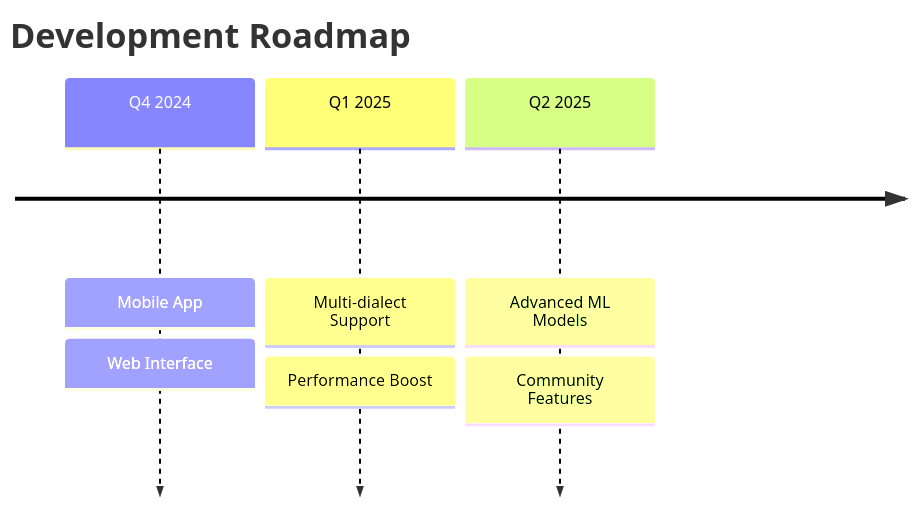
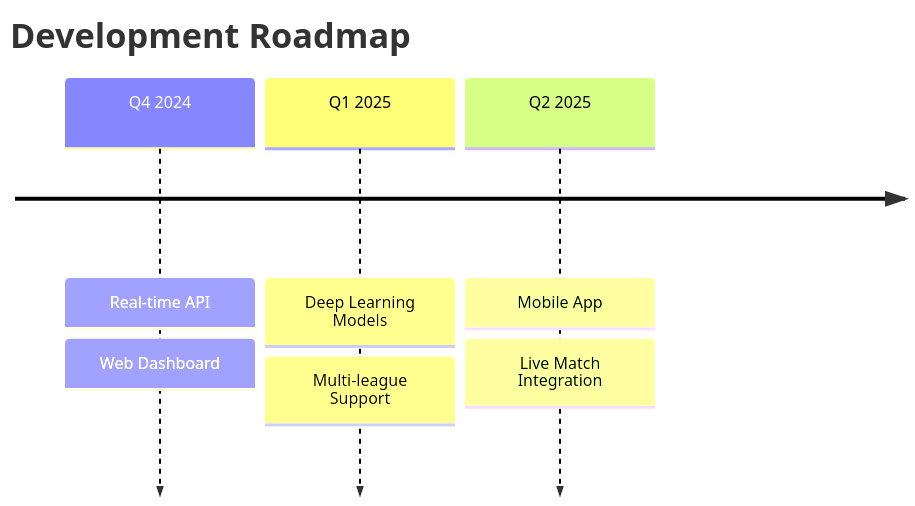
The third of 3 diagrams in Readme.md (Mithun141404/football-match-result-predictor), drawn with Mermaid before and after one commit. The commit also changed other lines of this file, not shown here.

````diff
--- a/Readme.md
+++ b/Readme.md
@@ -296,13 +367,13 @@
 ```mermaid
 timeline
     title Development Roadmap
     
-    Q4 2024 : Mobile App
-           : Web Interface
+    Q4 2024 : Real-time API
+           : Web Dashboard
     
-    Q1 2025 : Multi-dialect Support
-           : Performance Boost
+    Q1 2025 : Deep Learning Models
+           : Multi-league Support
     
-    Q2 2025 : Advanced ML Models
-           : Community Features
+    Q2 2025 : Mobile App
+           : Live Match Integration
 ```
````
